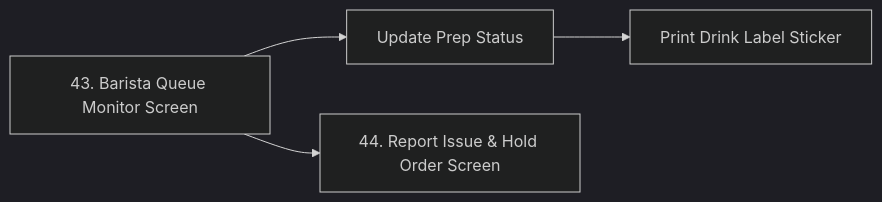
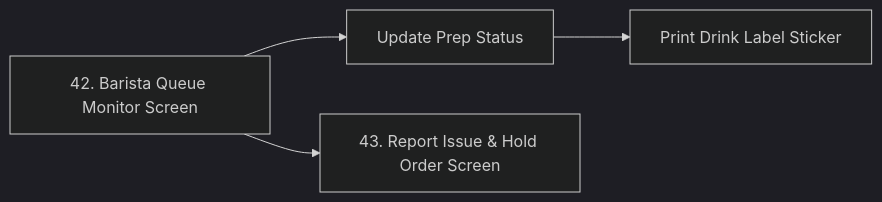
Before and after one commit to Shaichi/Khoga_coffe_shop: the fifth of 6 diagrams in sections/03_1_functional_overview.md, drawn with Mermaid (dark theme). The commit also changed other lines of this file and 45 other files, not shown here.

````diff
--- a/sections/03_1_functional_overview.md
+++ b/sections/03_1_functional_overview.md
@@ -102,7 +108,7 @@
 ```mermaid
 graph LR
-    BaristaHome[43. Barista Queue Monitor Screen] --> UpdatePrep[Update Prep Status]
+    BaristaHome[42. Barista Queue Monitor Screen] --> UpdatePrep[Update Prep Status]
     UpdatePrep --> PrintLabel[Print Drink Label Sticker]
     
-    BaristaHome --> ReportIssue[44. Report Issue & Hold Order Screen]
+    BaristaHome --> ReportIssue[43. Report Issue & Hold Order Screen]
 ```
````
